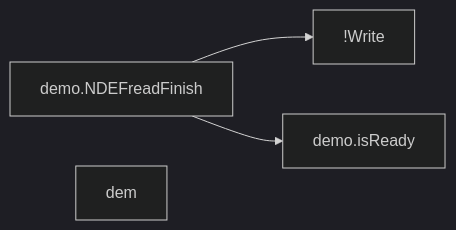
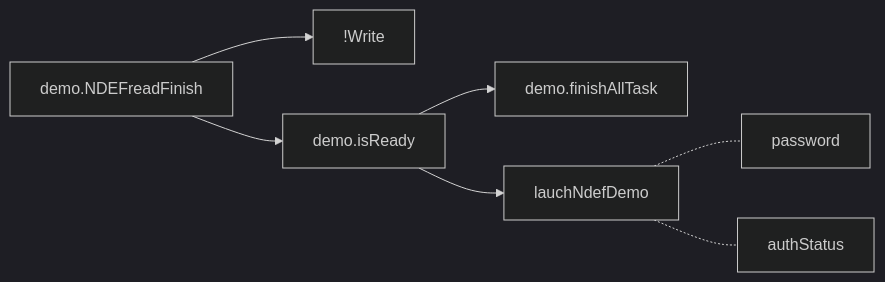
The third of 3 diagrams in nxp/NdefFragment.md (gordianknotC/nxp_note), drawn with Mermaid (dark theme) before and after one commit. The commit also changed other lines of this file, not shown here.

Commit message:
nxp/NdefFragment.md updated from https://stackedit.io/

````diff
--- a/nxp/NdefFragment.md
+++ b/nxp/NdefFragment.md
@@ -18,6 +18,9 @@
 ```mermaid
 graph LR
 demo.NDEFreadFinish --> !Write
 demo.NDEFreadFinish --> demo.isReady
-dem
+demo.isReady --> demo.finishAllTask
+demo.isReady --> lauchNdefDemo
+lauchNdefDemo -.- password
+lauchNdefDemo-.- authStatus
 ```
````
